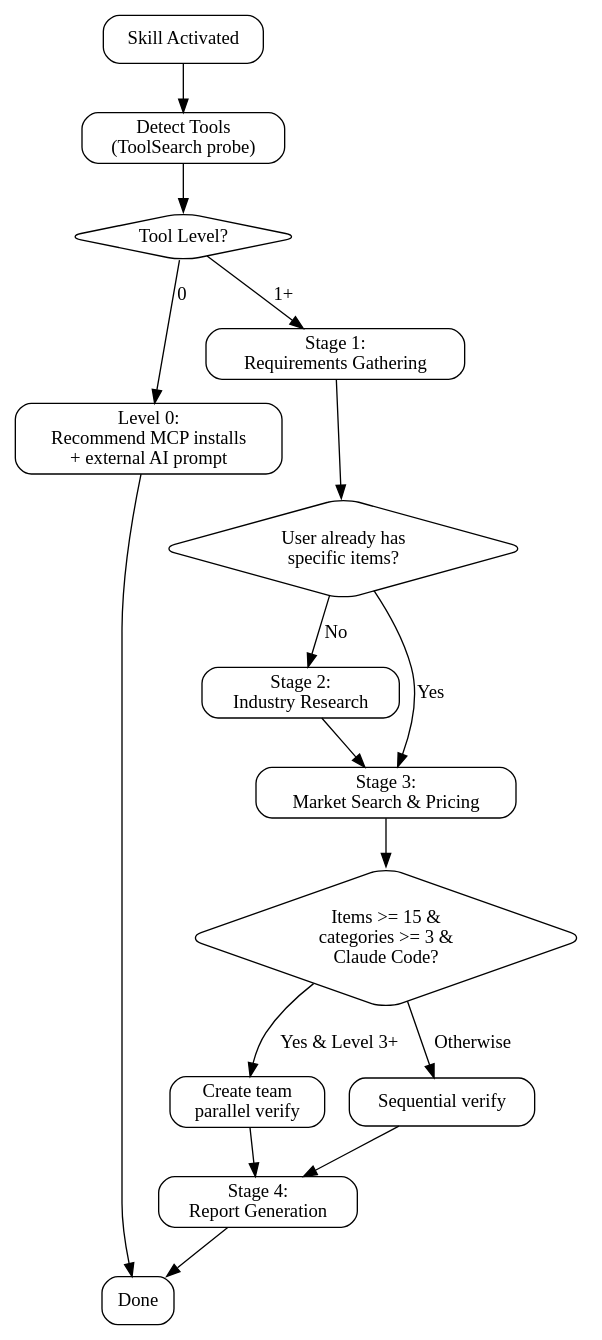
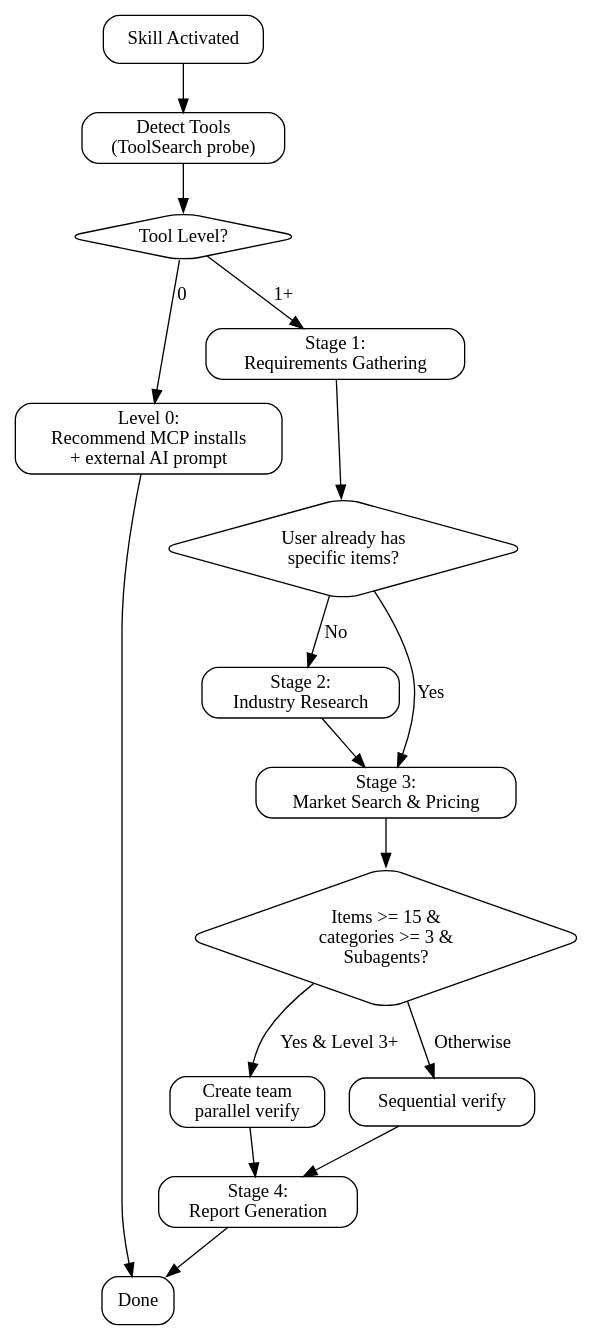
The diagram in plugins/researching-consumer-goods/skills/researching-consumer-goods/SKILL.md (yanchuk/skill-arsenal), drawn with Graphviz before and after one commit. The commit also changed other lines of this file and 48 other files, not shown here.

````diff
--- a/plugins/researching-consumer-goods/skills/researching-consumer-goods/SKILL.md
+++ b/plugins/researching-consumer-goods/skills/researching-consumer-goods/SKILL.md
@@ -23,36 +23,36 @@
 ```dot
 digraph workflow {
   rankdir=TB;
   node [shape=box, style=rounded];
 
   activate [label="Skill Activated"];
   detect [label="Detect Tools\n(ToolSearch probe)"];
   level_check [shape=diamond, label="Tool Level?"];
   level0 [label="Level 0:\nRecommend MCP installs\n+ external AI prompt"];
   stage1 [label="Stage 1:\nRequirements Gathering"];
   has_items [shape=diamond, label="User already has\nspecific items?"];
   stage2 [label="Stage 2:\nIndustry Research"];
   stage3 [label="Stage 3:\nMarket Search & Pricing"];
-  team_check [shape=diamond, label="Items >= 15 &\ncategories >= 3 &\nClaude Code?"];
+  team_check [shape=diamond, label="Items >= 15 &\ncategories >= 3 &\nSubagents?"];
   parallel [label="Create team\nparallel verify"];
   sequential [label="Sequential verify"];
   stage4 [label="Stage 4:\nReport Generation"];
   done [label="Done"];
 
   activate -> detect;
   detect -> level_check;
   level_check -> level0 [label="0"];
   level_check -> stage1 [label="1+"];
   level0 -> done;
   stage1 -> has_items;
   has_items -> stage3 [label="Yes"];
   has_items -> stage2 [label="No"];
   stage2 -> stage3;
   stage3 -> team_check;
   team_check -> parallel [label="Yes & Level 3+"];
   team_check -> sequential [label="Otherwise"];
   parallel -> stage4;
   sequential -> stage4;
   stage4 -> done;
 }
 ```
````
